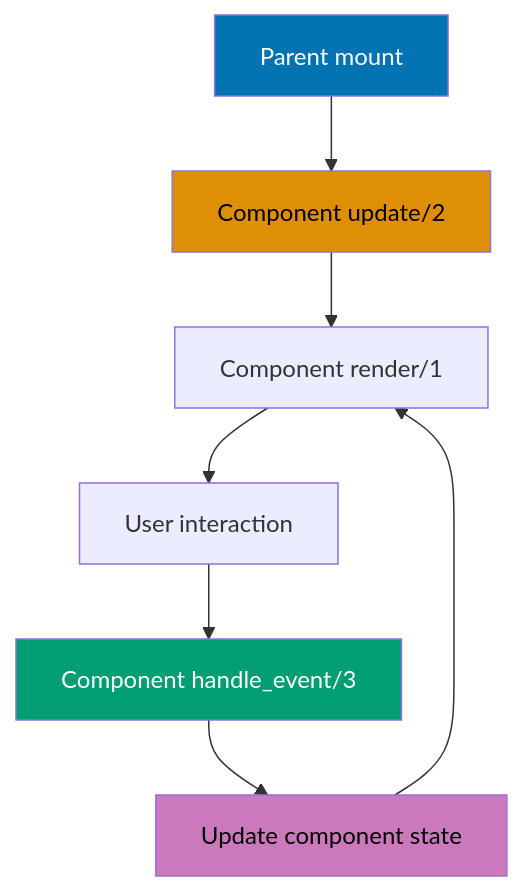
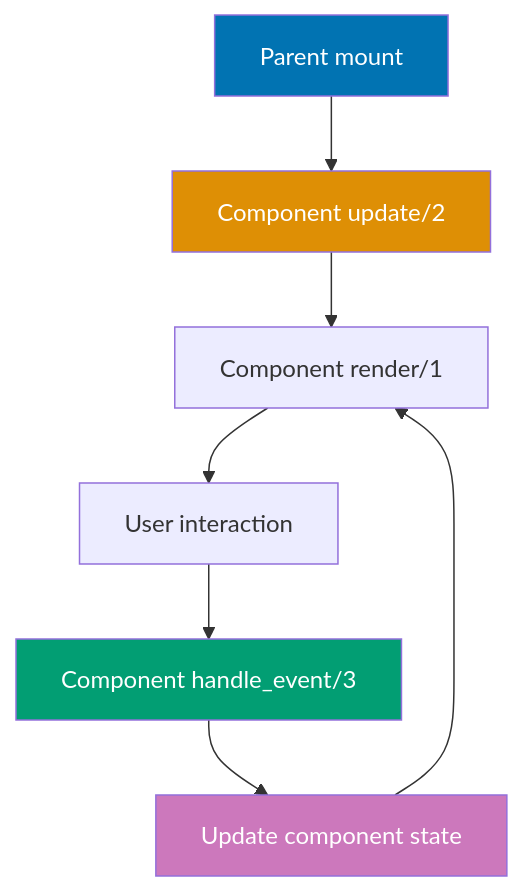
Before and after one commit to wahidyankf/open-sharia-enterprise: the first of 3 diagrams in apps/ayokoding-web/content/en/learn/software-engineering/platform-web/tools/elixir-phoenix-liveview/by-example/advanced.md, drawn with Mermaid. The commit also changed other lines of this file and 61 other files, not shown here.

First line of the commit message:
fix(ayokoding-web): quote Mermaid node labels with special characters in Example 63

````diff
--- a/apps/ayokoding-web/content/en/learn/software-engineering/platform-web/tools/elixir-phoenix-liveview/by-example/advanced.md
+++ b/apps/ayokoding-web/content/en/learn/software-engineering/platform-web/tools/elixir-phoenix-liveview/by-example/advanced.md
@@ -16,15 +16,15 @@
 ```mermaid
 %% Stateful LiveComponent lifecycle
 graph TD
     A[Parent mount] --> B[Component update/2]
     B --> C[Component render/1]
     C --> D[User interaction]
     D --> E[Component handle_event/3]
     E --> F[Update component state]
     F --> C
 
     style A fill:#0173B2,color:#fff
-    style B fill:#DE8F05,color:#000
+    style B fill:#DE8F05,color:#fff
     style E fill:#029E73,color:#fff
-    style F fill:#CC78BC,color:#000
+    style F fill:#CC78BC,color:#fff
 ```
````
